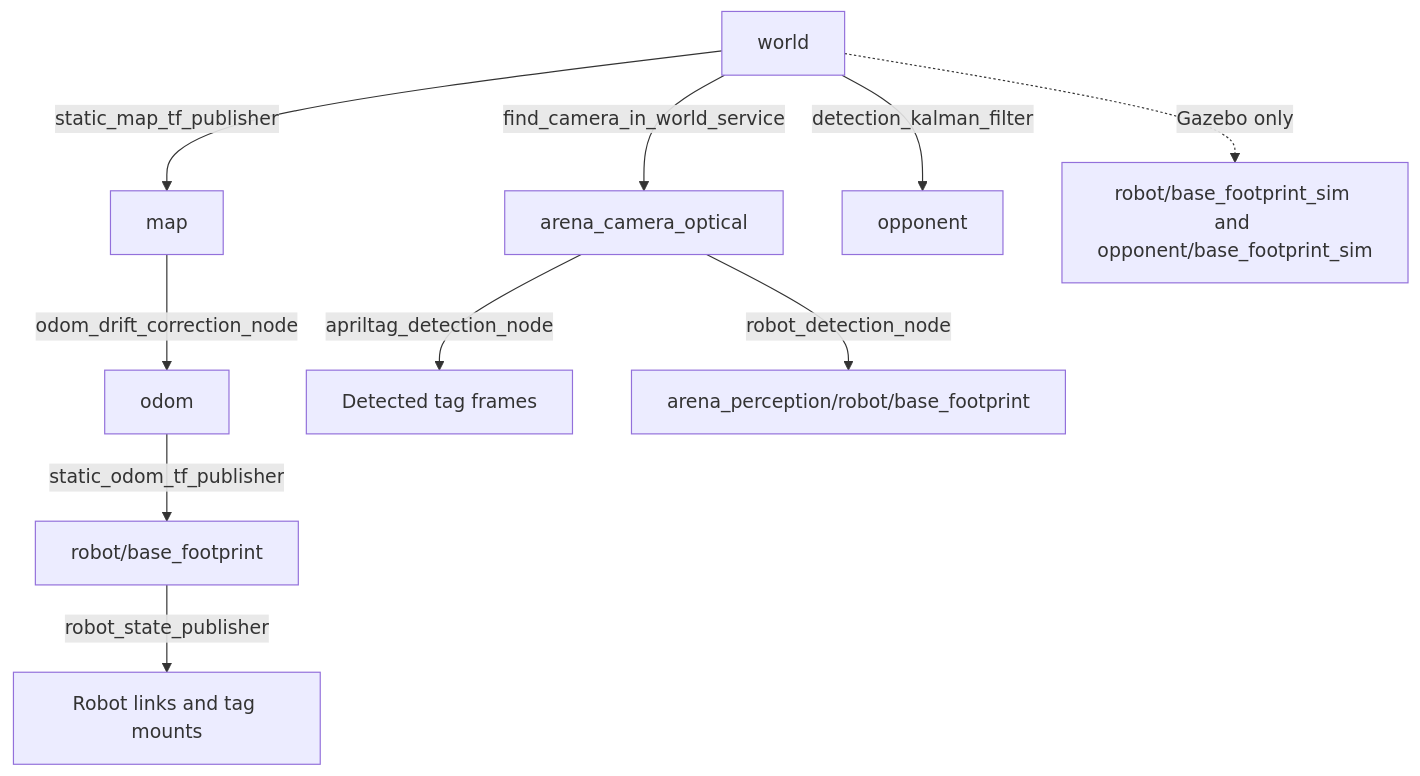
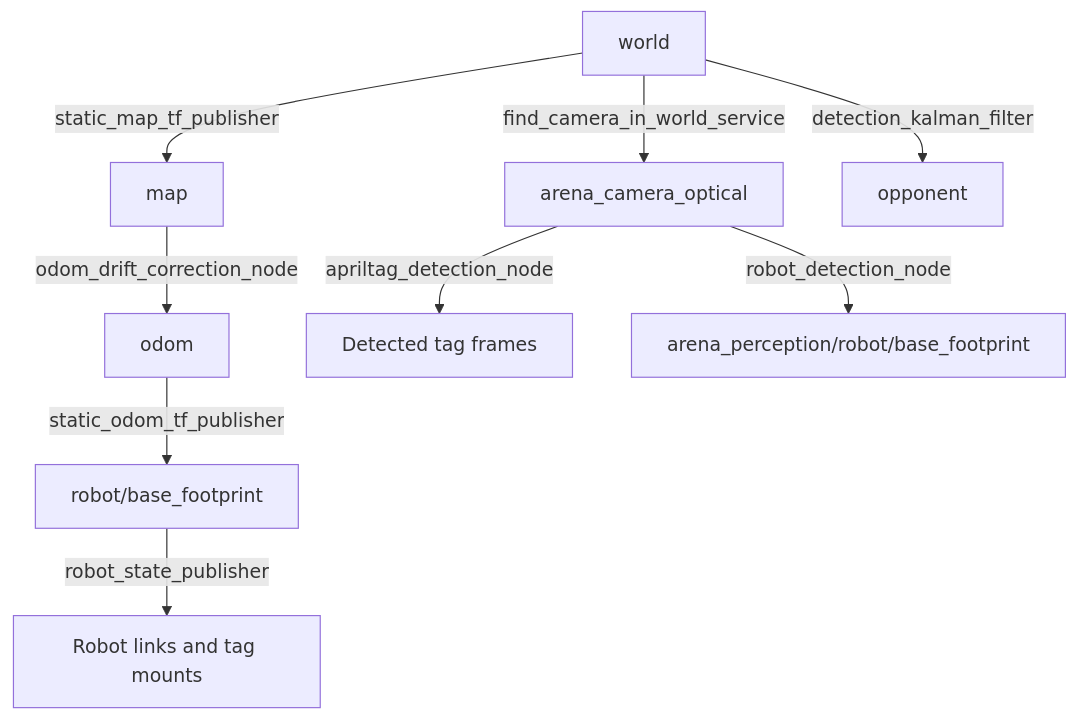
One commit to eubotx/robofetz_as changed the third of 3 diagrams in docs/architecture.md. Above: the diagram before and after it, drawn with Mermaid. The commit also changed other lines of this file and 29 other files, not shown here.

````diff
--- a/docs/architecture.md
+++ b/docs/architecture.md
@@ -62,12 +90,11 @@
 ```mermaid
 flowchart TD
-    World["world"] -->|static_map_tf_publisher| Map["map"]
-    Map -->|odom_drift_correction_node| Odom["odom"]
-    Odom -->|static_odom_tf_publisher| Base["robot/base_footprint"]
-    Base -->|robot_state_publisher| Links["Robot links and tag mounts"]
-    World -->|find_camera_in_world_service| Camera["arena_camera_optical"]
-    Camera -->|apriltag_detection_node| Tags["Detected tag frames"]
-    Camera -->|robot_detection_node| Detected["arena_perception/robot/base_footprint"]
-    World -->|detection_kalman_filter| Opponent["opponent"]
-    World -. "Gazebo only" .-> GroundTruth["robot/base_footprint_sim and opponent/base_footprint_sim"]
+  World["world"] -->|"static_map_tf_publisher"| Map["map"]
+  Map -->|"odom_drift_correction_node"| Odom["odom"]
+  Odom -->|"static_odom_tf_publisher"| Base["robot/base_footprint"]
+  Base -->|"robot_state_publisher"| Links["Robot links and tag mounts"]
+  World -->|"find_camera_in_world_service"| Camera["arena_camera_optical"]
+  Camera -->|"apriltag_detection_node"| Tags["Detected tag frames"]
+  Camera -->|"robot_detection_node"| Detected["arena_perception/robot/base_footprint"]
+  World -->|"detection_kalman_filter"| Opponent["opponent"]
 ```
````
